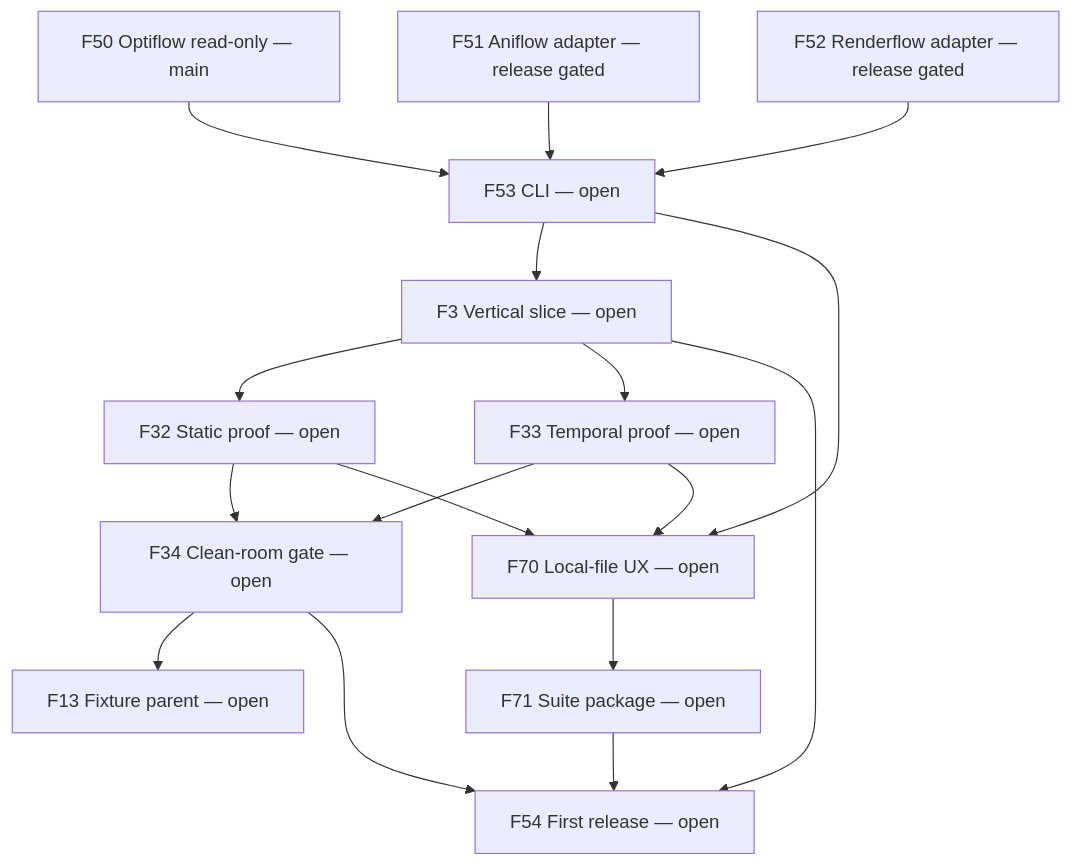
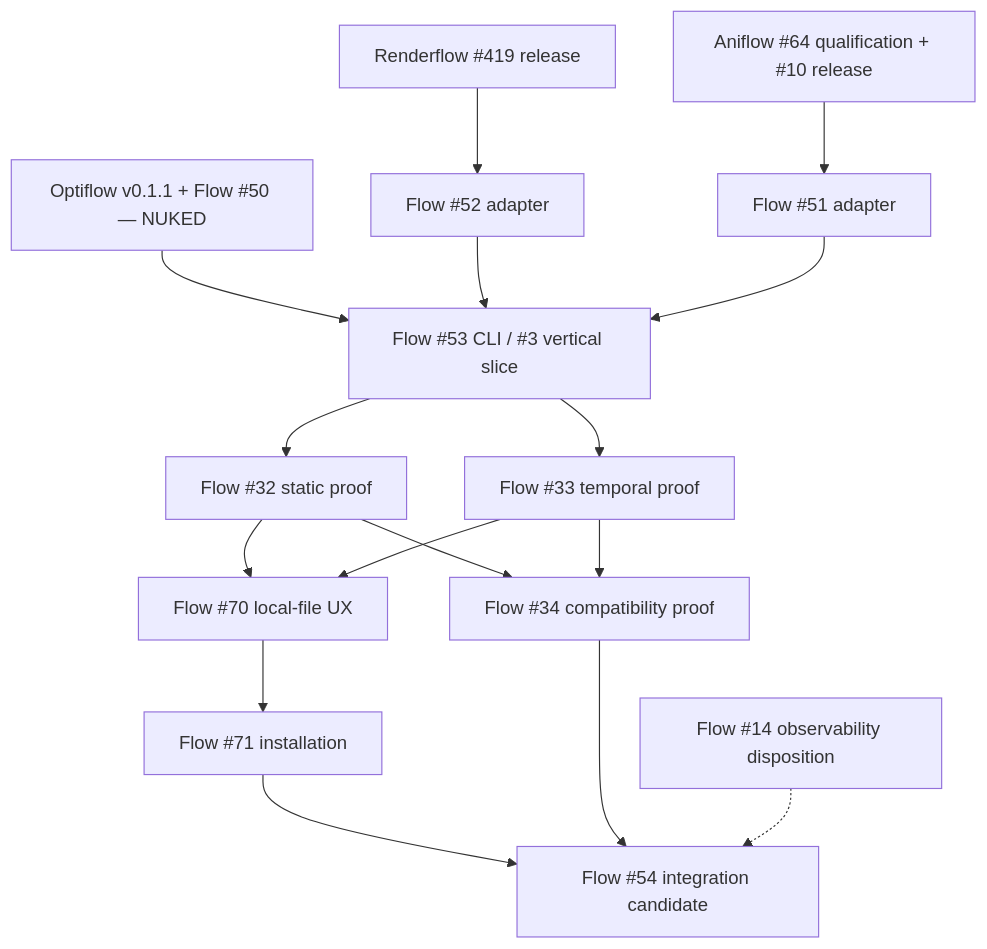
One commit to egohygiene/flow changed the first of 5 diagrams in docs/roadmaps/flow-suite-dependency-map.md. Above: the diagram before and after it, drawn with Mermaid. The commit also changed other lines of this file and 8 other files, not shown here.

Commit message:
docs: refresh complete Flow suite roadmap and NUKED milestones [skip ci]

````diff
--- a/docs/roadmaps/flow-suite-dependency-map.md
+++ b/docs/roadmaps/flow-suite-dependency-map.md
@@ -153,31 +88,18 @@
 ```mermaid
 flowchart TB
-  F50["F50 Optiflow read-only — main"]
-  F51["F51 Aniflow adapter — release gated"]
-  F52["F52 Renderflow adapter — release gated"]
-  F53["F53 CLI — open"]
-  F3["F3 Vertical slice — open"]
-  F32["F32 Static proof — open"]
-  F33["F33 Temporal proof — open"]
-  F34["F34 Clean-room gate — open"]
-  F13["F13 Fixture parent — open"]
-  F70["F70 Local-file UX — open"]
-  F71["F71 Suite package — open"]
-  F54["F54 First release — open"]
-  F50 --> F53
-  F51 --> F53
-  F52 --> F53
-  F53 --> F3
-  F3 --> F32
-  F3 --> F33
-  F32 --> F34
-  F33 --> F34
-  F34 --> F13
-  F53 --> F70
-  F32 --> F70
-  F33 --> F70
-  F70 --> F71
-  F3 --> F54
-  F34 --> F54
-  F71 --> F54
+  O["Optiflow v0.1.1 + Flow #50 — NUKED"] --> C["Flow #53 CLI / #3 vertical slice"]
+  R["Renderflow #419 release"] --> RA["Flow #52 adapter"]
+  A["Aniflow #64 qualification + #10 release"] --> AA["Flow #51 adapter"]
+  RA --> C
+  AA --> C
+  C --> S["Flow #32 static proof"]
+  C --> T["Flow #33 temporal proof"]
+  S --> V["Flow #34 compatibility proof"]
+  T --> V
+  S --> U["Flow #70 local-file UX"]
+  T --> U
+  U --> P["Flow #71 installation"]
+  P --> F["Flow #54 integration candidate"]
+  V --> F
+  D["Flow #14 observability disposition"] -.-> F
 ```
````
